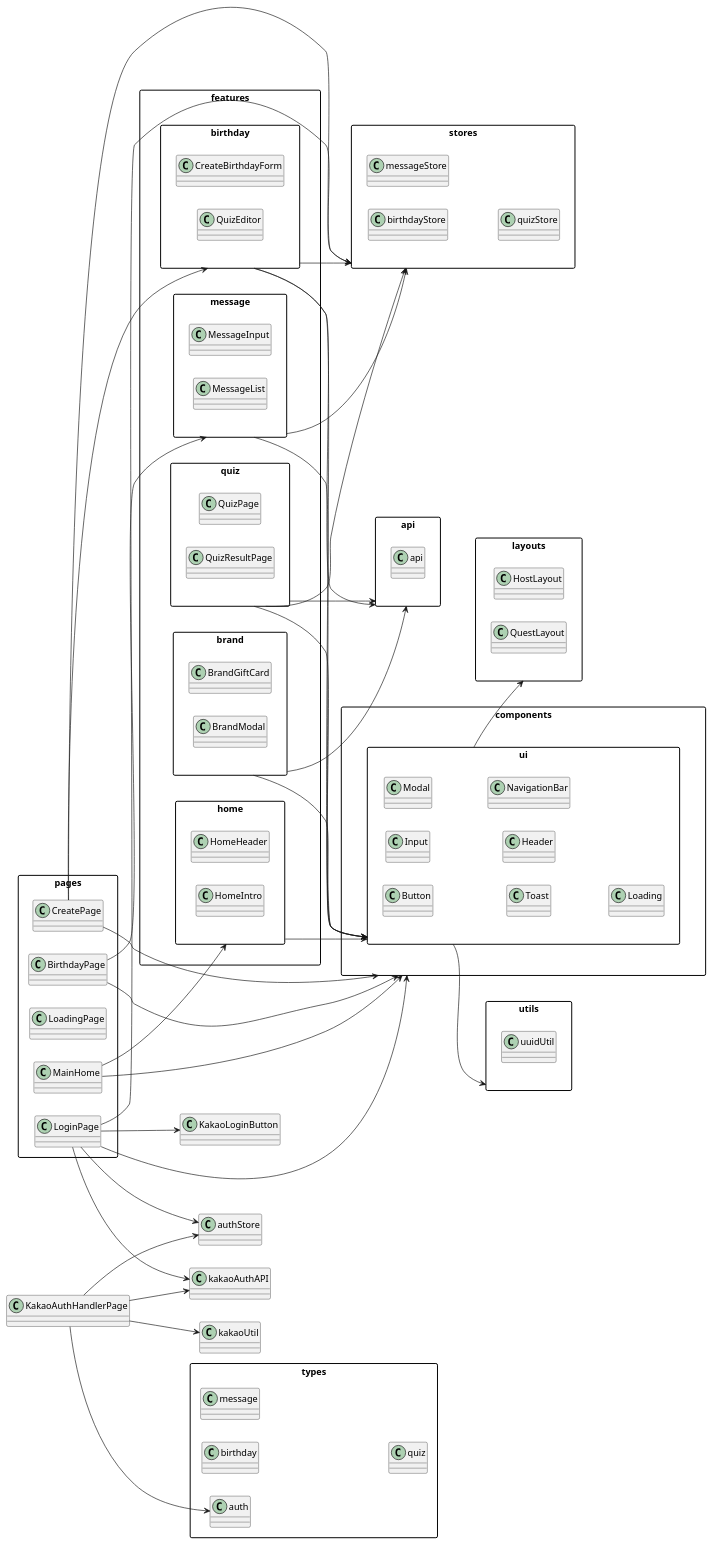
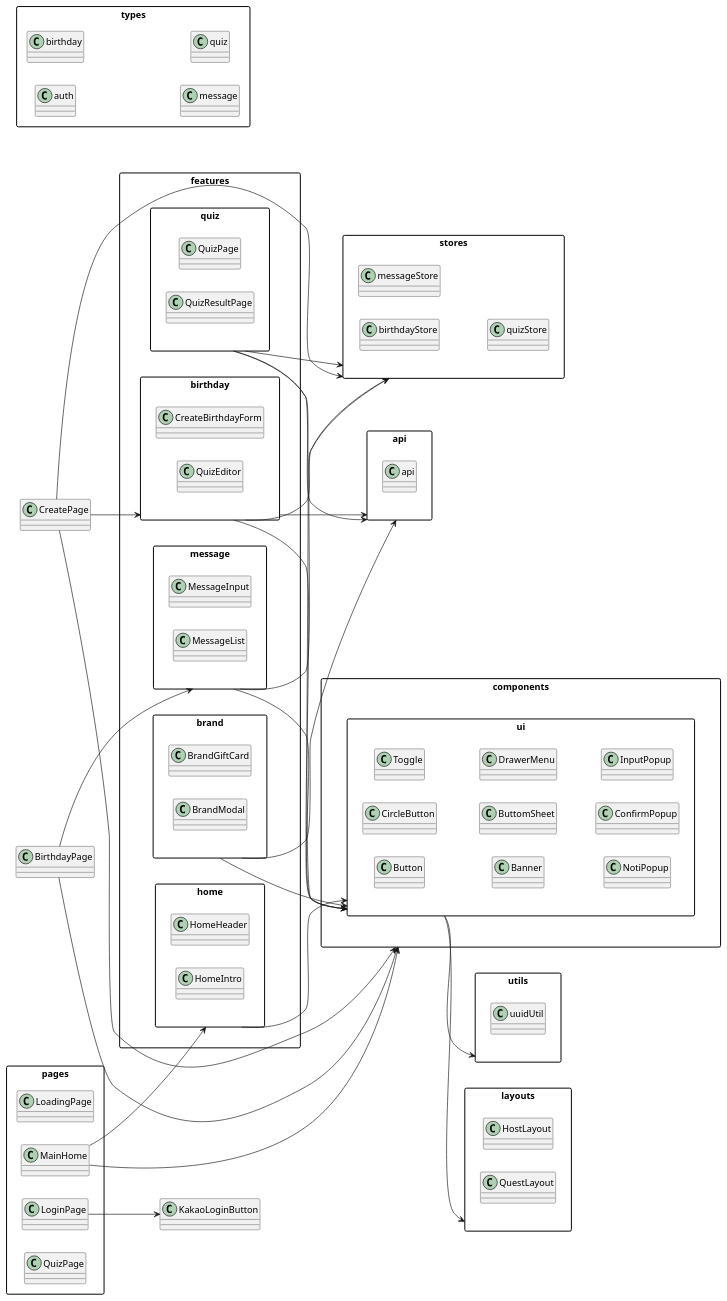
One commit to 9oormthon-univ-skku/4-birthday-feast-fe changed the diagram in birthday-app-architecture.puml. Above: the diagram before and after it, drawn with PlantUML. The commit also changed 1 other file, not shown here.

```diff
--- a/birthday-app-architecture.puml
+++ b/birthday-app-architecture.puml
@@ -1,133 +1,137 @@
 @startuml
 
 ' 다이어그램 디자인 설정
 skinparam packageStyle rectangle
 skinparam shadowing false
 skinparam classAttributeIconSize 0
 
 left to right direction
 
 ' ========== 패키지 정의 ==========
 
 package "pages" {
-  ' 더 적절한 클래스명 고민...
-  class BirthdayPage 
-  class CreatePage
+  ' //완료//
   class LoadingPage
   class LoginPage
   class MainHome
+  class QuizPage 
+}
+
+package "components.ui" {
+  class Button
+  class CircleButton 
+  class Toggle
+  class Banner
+  
+  class ButtomSheet
+  class DrawerMenu
+
+  class NotiPopup
+  class ConfirmPopup
+  class InputPopup
 }
 
 ' features. 는 추후 다시 수정 예정 
 package "features.birthday" {
   class CreateBirthdayForm
   ' class BirthdayThemePicker
   class QuizEditor
   ' class GiftLinkInput
   ' class LinkGenerator
 }
 
 package "features.message" {
   class MessageInput
   class MessageList
 }
 
 package "features.brand" {
   class BrandGiftCard
   class BrandModal
   ' class BrandEmailVerification
 }
 
 package "features.quiz" {
   class QuizPage
   class QuizResultPage
 }
 
 package "features.home" {
   class HomeHeader
   class HomeIntro
 }
 
-package "components.ui" {
-  class Button
-  class Input
-  class Modal
-  class Toast
-  class Header
-  class NavigationBar
-  class Loading
-}
 
 package "stores" {
   class birthdayStore
   class messageStore
   class quizStore
 }
 
 package "api" {
   class api
 }
 
 package "utils" {
   class uuidUtil
 }
 
 package "layouts" {
   class HostLayout
   class QuestLayout
 }
 
 package "types" {
   class auth
   class birthday
   class message
   class quiz
 }
 
 ' ========== 의존 관계 ==========
 ' 기본 ui 구현 완료 후 한 번 더 수정 예정
 
 LoginPage --> KakaoLoginButton
-LoginPage --> authStore
-LoginPage --> kakaoAuthAPI
-LoginPage --> "components"
-LoginPage --> "stores"
+'LoginPage --> authStore
+'LoginPage --> kakaoAuthAPI
+'LoginPage --> "components"
+'LoginPage --> "stores"
 
 CreatePage --> "features.birthday"
 CreatePage --> "components"
 CreatePage --> "stores"
 
 BirthdayPage --> "features.message"
 BirthdayPage --> "components"
 
 MainHome --> "features.home"
 MainHome --> "components"
 
 
 
-KakaoAuthHandlerPage --> kakaoAuthAPI
-KakaoAuthHandlerPage --> authStore
-KakaoAuthHandlerPage --> kakaoUtil
-KakaoAuthHandlerPage --> types.auth
+'KakaoAuthHandlerPage --> kakaoAuthAPI
+'KakaoAuthHandlerPage --> authStore
+'KakaoAuthHandlerPage --> kakaoUtil
+'KakaoAuthHandlerPage --> types.auth
 
 "features.birthday" --> stores
 "features.birthday" --> api
 "features.birthday" --> components.ui
 
 "features.message" --> stores
 "features.message" --> components.ui
 
 "features.quiz" --> api
 "features.quiz" --> stores
 "features.quiz" --> components.ui
 
 "features.brand" --> api
 "features.brand" --> components.ui
 
 "features.home" --> components.ui
 
 "components.ui" --> "layouts"
 "components.ui" --> utils
 
 
 @enduml
```
